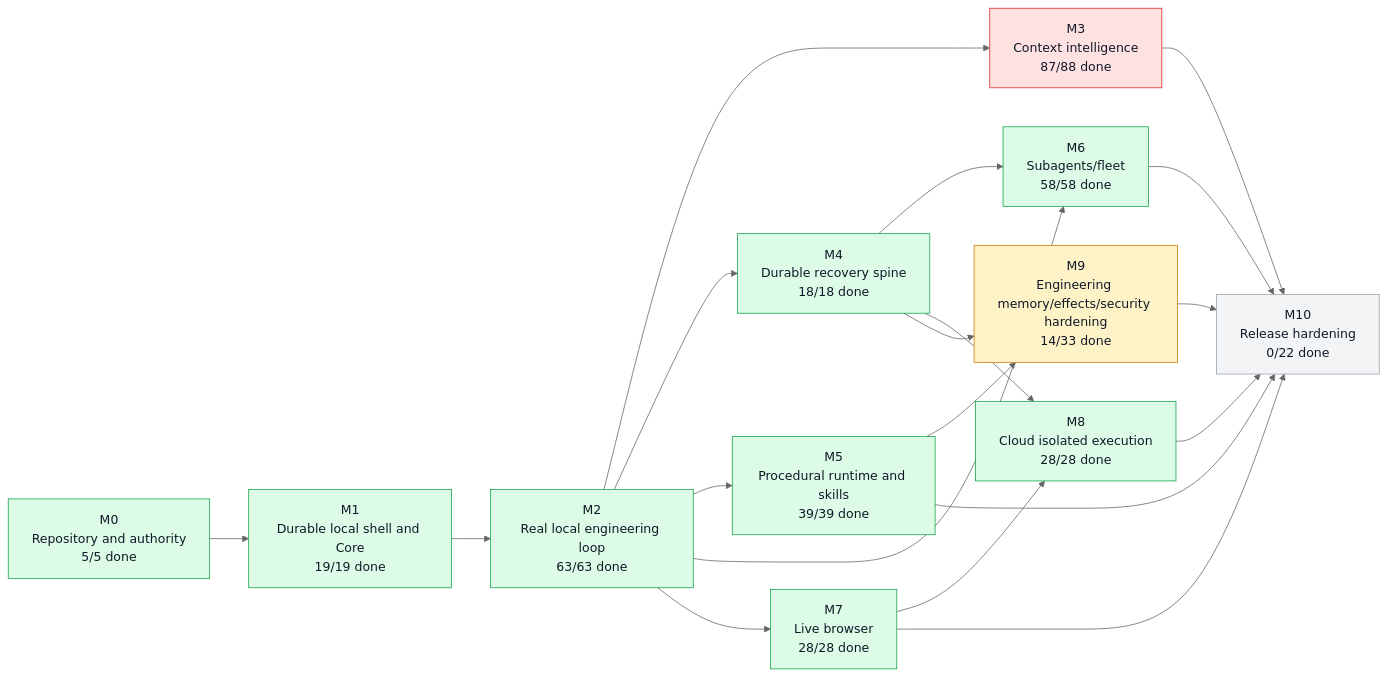
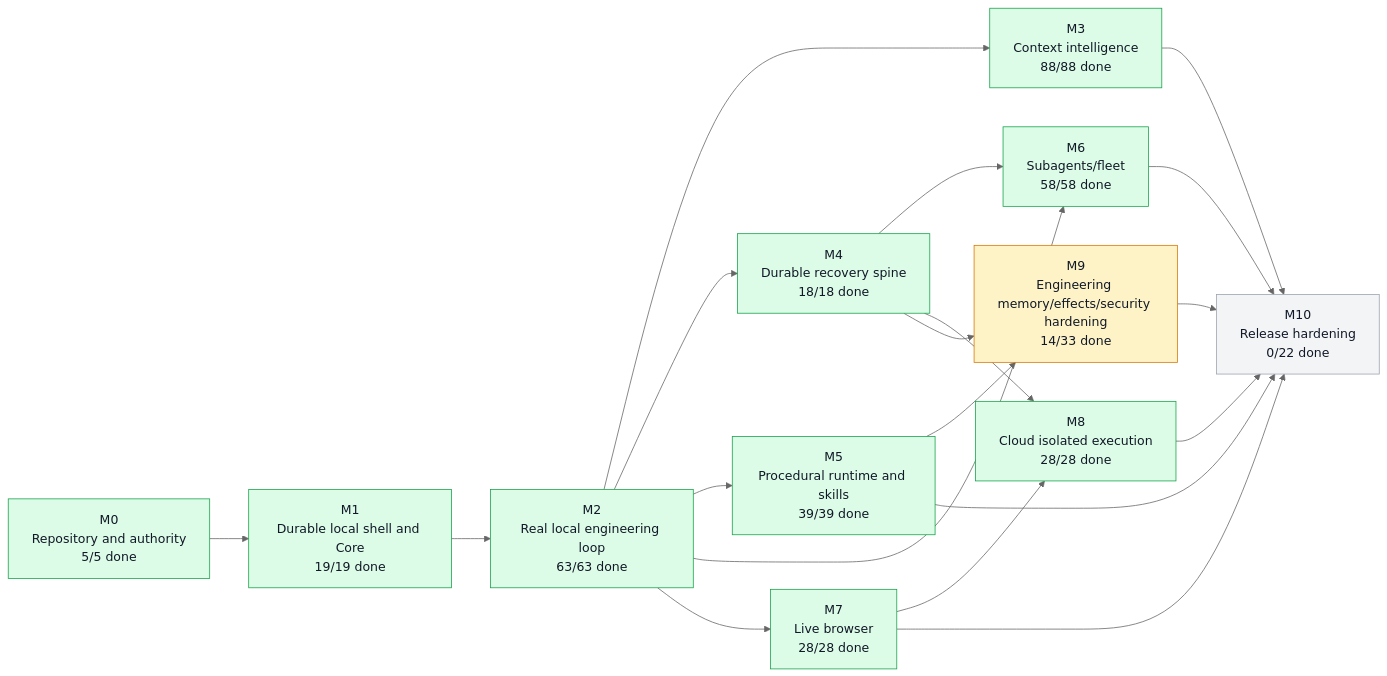
One commit to moss101/modbit changed the first of 5 diagrams in graph/PROJECT_GRAPH.md. Above: the diagram before and after it, drawn with Mermaid (neutral theme). The commit also changed other lines of this file and 257 other files, not shown here.

````diff
--- a/graph/PROJECT_GRAPH.md
+++ b/graph/PROJECT_GRAPH.md
@@ -57,43 +57,43 @@
 ```mermaid
 flowchart LR
   M0["M0<br/>Repository and authority<br/>5/5 done"]
   M1["M1<br/>Durable local shell and Core<br/>19/19 done"]
   M2["M2<br/>Real local engineering loop<br/>63/63 done"]
-  M3["M3<br/>Context intelligence<br/>87/88 done"]
+  M3["M3<br/>Context intelligence<br/>88/88 done"]
   M4["M4<br/>Durable recovery spine<br/>18/18 done"]
   M5["M5<br/>Procedural runtime and skills<br/>39/39 done"]
   M6["M6<br/>Subagents/fleet<br/>58/58 done"]
   M7["M7<br/>Live browser<br/>28/28 done"]
   M8["M8<br/>Cloud isolated execution<br/>28/28 done"]
   M9["M9<br/>Engineering memory/effects/security hardening<br/>14/33 done"]
   M10["M10<br/>Release hardening<br/>0/22 done"]
   M0 --> M1
   M1 --> M2
   M2 --> M3
   M2 --> M4
   M2 --> M5
   M2 --> M6
   M4 --> M6
   M2 --> M7
   M4 --> M8
   M7 --> M8
   M4 --> M9
   M5 --> M9
   M3 --> M10
   M5 --> M10
   M6 --> M10
   M7 --> M10
   M8 --> M10
   M9 --> M10
   style M0 fill:#dcfce7,stroke:#16a34a,color:#111827
   style M1 fill:#dcfce7,stroke:#16a34a,color:#111827
   style M2 fill:#dcfce7,stroke:#16a34a,color:#111827
-  style M3 fill:#fee2e2,stroke:#dc2626,color:#111827
+  style M3 fill:#dcfce7,stroke:#16a34a,color:#111827
   style M4 fill:#dcfce7,stroke:#16a34a,color:#111827
   style M5 fill:#dcfce7,stroke:#16a34a,color:#111827
   style M6 fill:#dcfce7,stroke:#16a34a,color:#111827
   style M7 fill:#dcfce7,stroke:#16a34a,color:#111827
   style M8 fill:#dcfce7,stroke:#16a34a,color:#111827
   style M9 fill:#fef3c7,stroke:#d97706,color:#111827
   style M10 fill:#f3f4f6,stroke:#9ca3af,color:#111827
 ```
````
